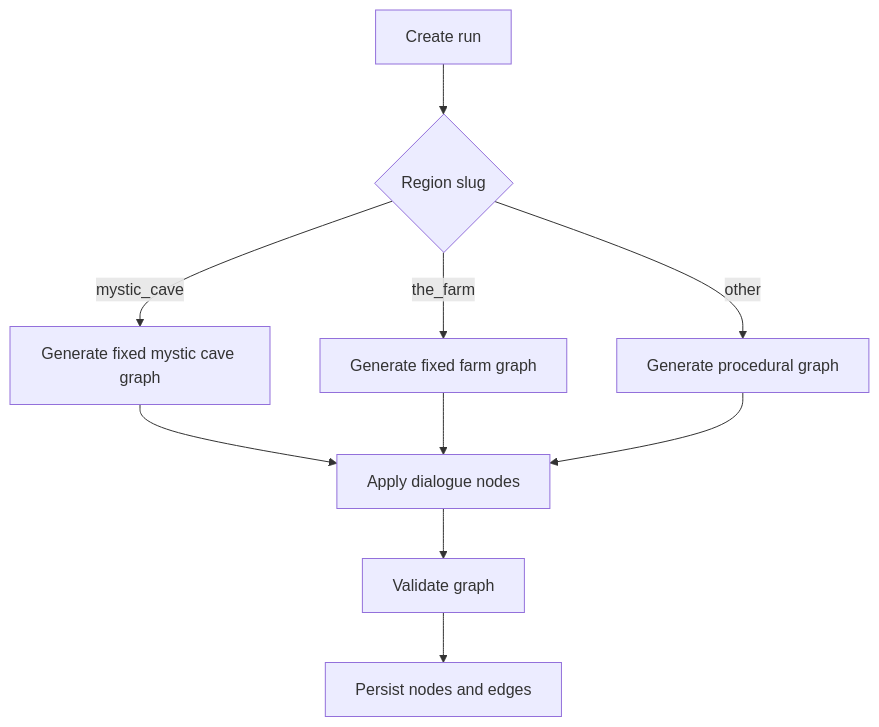
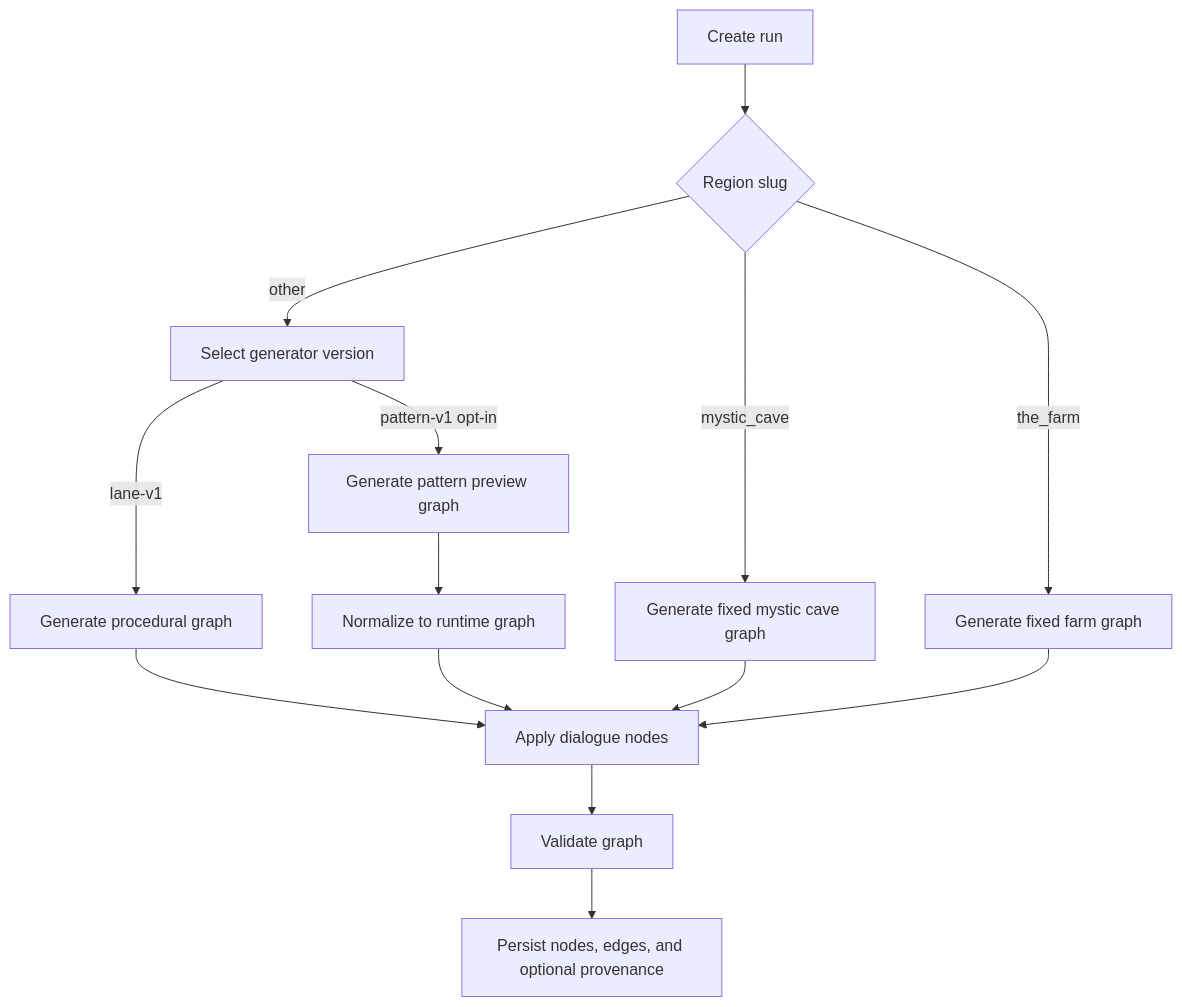
Before and after one commit to NickGrant/DiceGoblin: the first of 4 diagrams in documentation/09-active-system-structure/05-run-node-generation.md, drawn with Mermaid. The commit also changed other lines of this file and 3 other files, not shown here.

````diff
--- a/documentation/09-active-system-structure/05-run-node-generation.md
+++ b/documentation/09-active-system-structure/05-run-node-generation.md
@@ -15,12 +15,16 @@
 ```mermaid
 flowchart TD
   A[Create run] --> B{Region slug}
   B -- mystic_cave --> C[Generate fixed mystic cave graph]
   B -- the_farm --> D[Generate fixed farm graph]
-  B -- other --> E[Generate procedural graph]
+  B -- other --> E[Select generator version]
+  E -- lane-v1 --> E1[Generate procedural graph]
+  E -- pattern-v1 opt-in --> E2[Generate pattern preview graph]
+  E2 --> E3[Normalize to runtime graph]
+  E1 --> F
+  E3 --> F
   C --> F[Apply dialogue nodes]
   D --> F
-  E --> F
   F --> G[Validate graph]
-  G --> H[Persist nodes and edges]
+  G --> H[Persist nodes, edges, and optional provenance]
 ```
````
